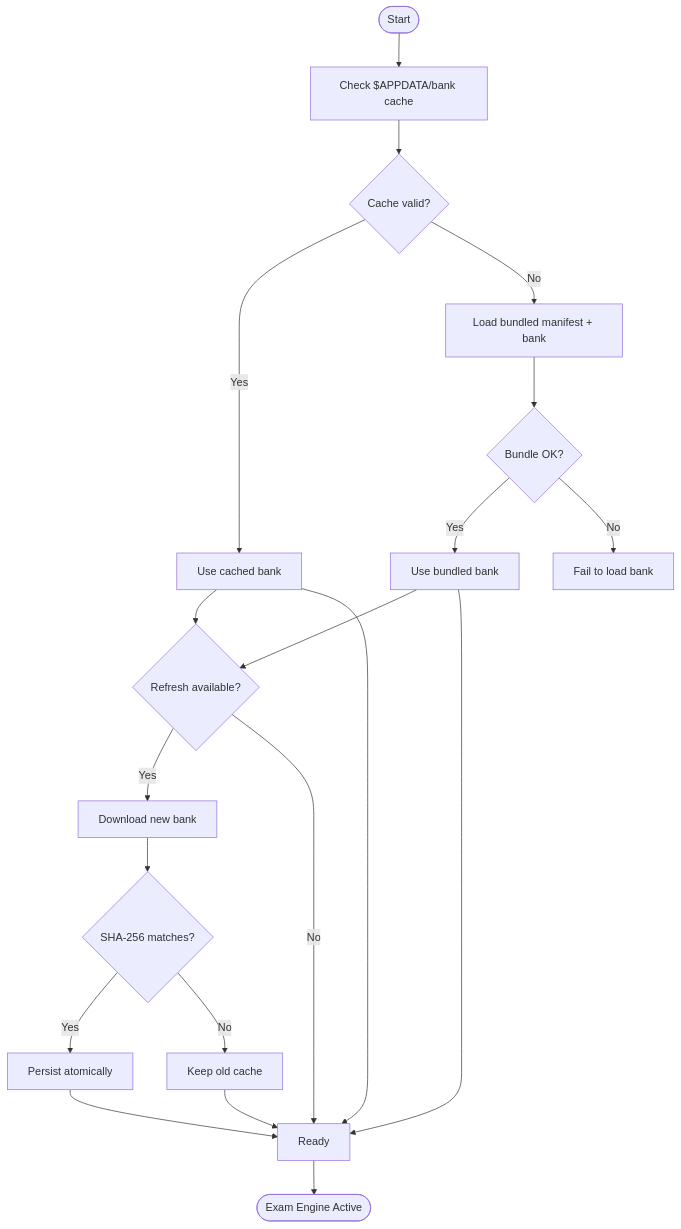
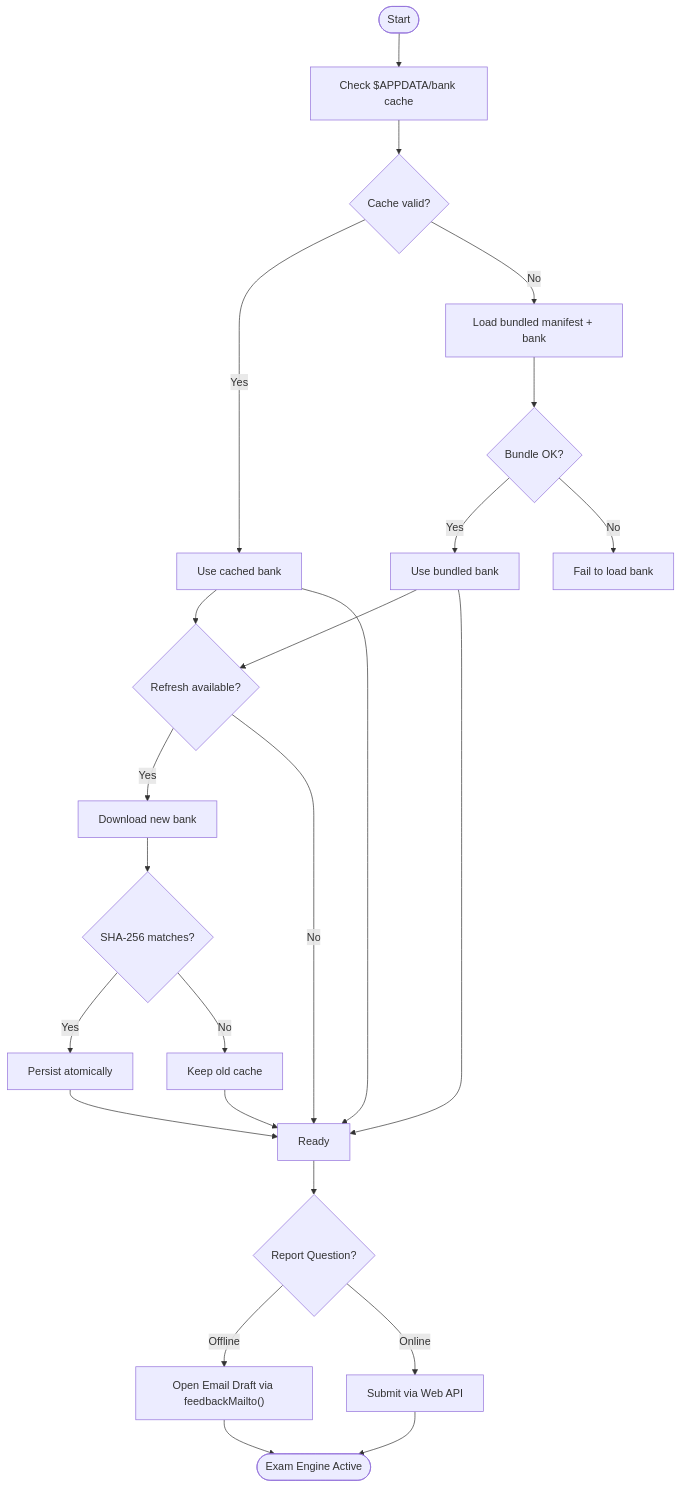
The sixth of 10 diagrams in .qoder/repowiki/en/content/Desktop and Mobile Applications/Tauri Application Shell.md (muhammadhabibullah/tbs-lpdp), drawn with Mermaid before and after one commit. The commit also changed other lines of this file and 88 other files, not shown here.

````diff
--- a/.qoder/repowiki/en/content/Desktop and Mobile Applications/Tauri Application Shell.md
+++ b/.qoder/repowiki/en/content/Desktop and Mobile Applications/Tauri Application Shell.md
@@ -236,22 +268,26 @@
 ```mermaid
 flowchart TD
 S(["Start"]) --> CheckCache["Check $APPDATA/bank cache"]
 CheckCache --> CacheValid{"Cache valid?"}
 CacheValid --> |Yes| UseCache["Use cached bank"]
 CacheValid --> |No| LoadBundled["Load bundled manifest + bank"]
 LoadBundled --> BundleOK{"Bundle OK?"}
 BundleOK --> |Yes| UseBundled["Use bundled bank"]
 BundleOK --> |No| Fail["Fail to load bank"]
 UseCache --> Refresh{"Refresh available?"}
 UseBundled --> Refresh
 Refresh --> |Yes| Download["Download new bank"]
 Refresh --> |No| Ready["Ready"]
 Download --> Verify{"SHA-256 matches?"}
 Verify --> |Yes| Persist["Persist atomically"]
 Verify --> |No| KeepOld["Keep old cache"]
 Persist --> Ready
 KeepOld --> Ready
 UseBundled --> Ready
 UseCache --> Ready
-Ready --> End(["Exam Engine Active"])
+Ready --> Report{"Report Question?"}
+Report --> |Offline| EmailDraft["Open Email Draft via feedbackMailto()"]
+Report --> |Online| WebSubmit["Submit via Web API"]
+EmailDraft --> End(["Exam Engine Active"])
+WebSubmit --> End
 ```
````
